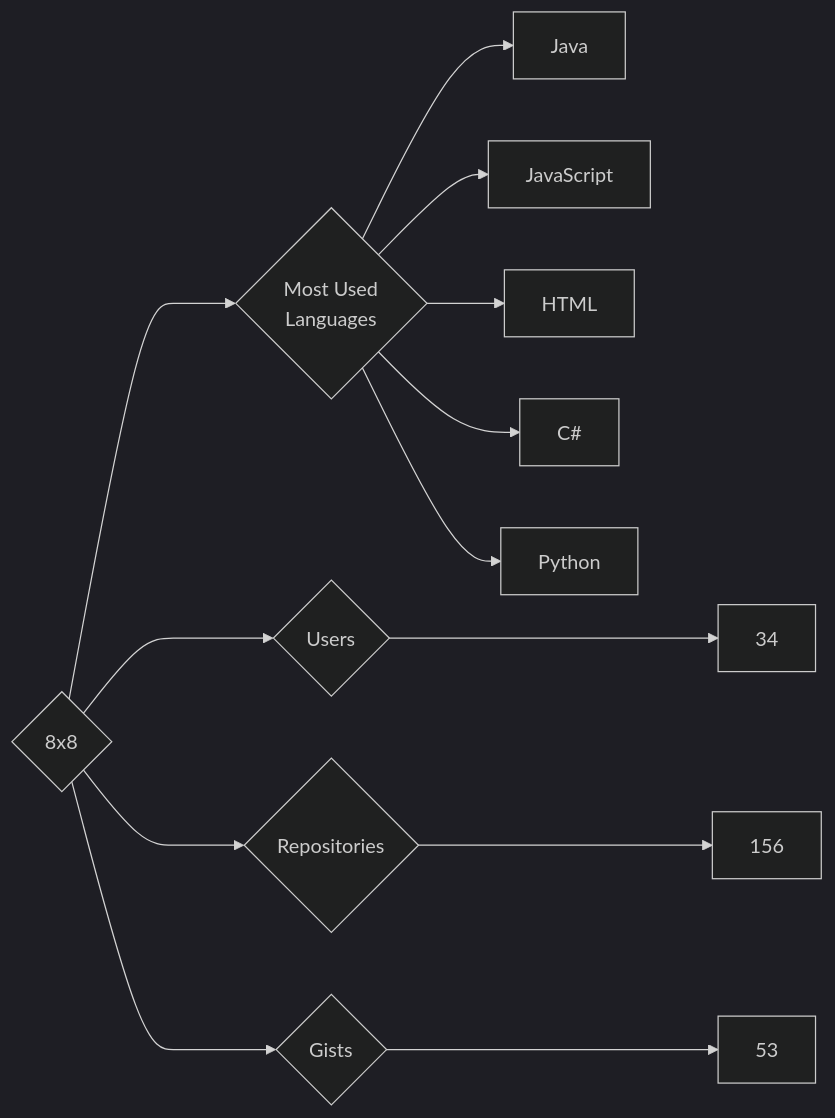
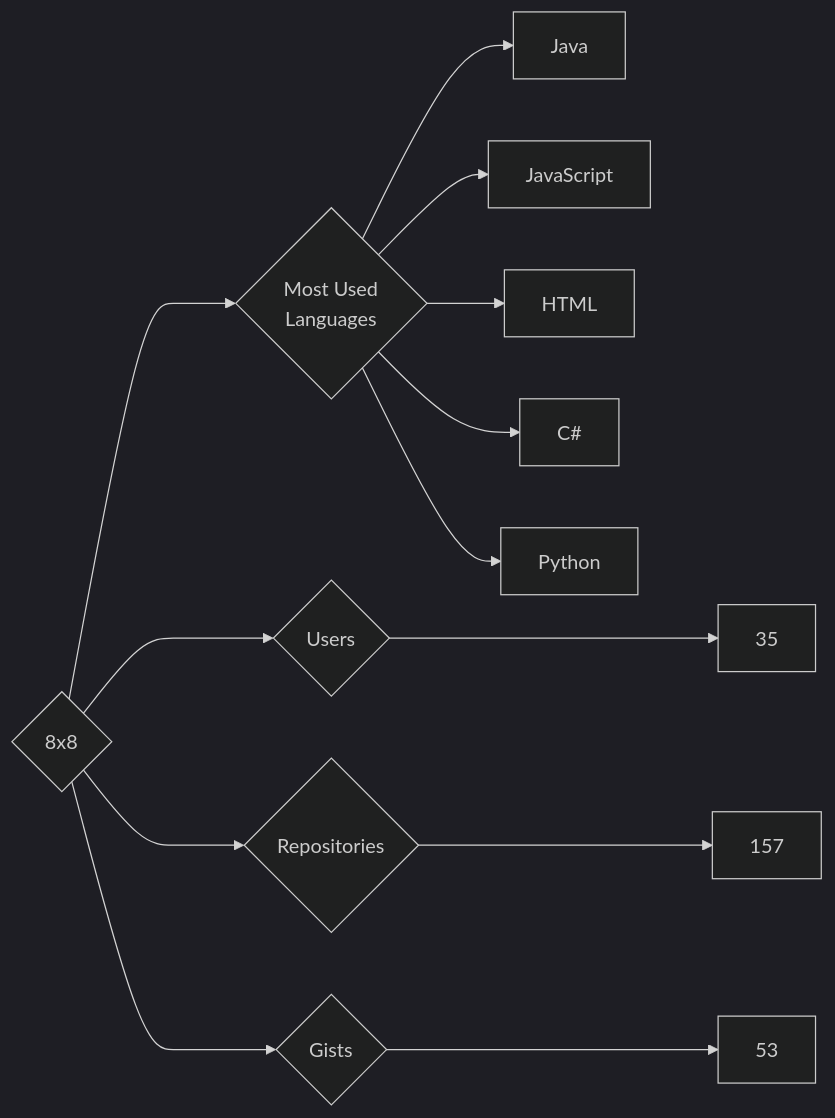
Before and after one commit to trickest/insiders: the diagram in targets/8x8/README.md, drawn with Mermaid (dark theme). The commit also changed 814 other files, not shown here.

````diff
--- a/targets/8x8/README.md
+++ b/targets/8x8/README.md
@@ -3,13 +3,13 @@
 ```mermaid
 graph LR
 COMPANY_NAME{8x8}
-COMPANY_NAME ---> U{Users} ---> UN[34]
-COMPANY_NAME ---> R{Repositories} ---> RN[156]
+COMPANY_NAME ---> U{Users} ---> UN[35]
+COMPANY_NAME ---> R{Repositories} ---> RN[157]
 COMPANY_NAME ---> G{Gists} ---> GN[53]
 COMPANY_NAME ---> ML{Most Used<br>Languages}
 ML --> Java[Java]
 ML --> JavaScript[JavaScript]
 ML --> HTML[HTML]
 ML --> C#[C#]
 ML --> Python[Python]
 ```
````
